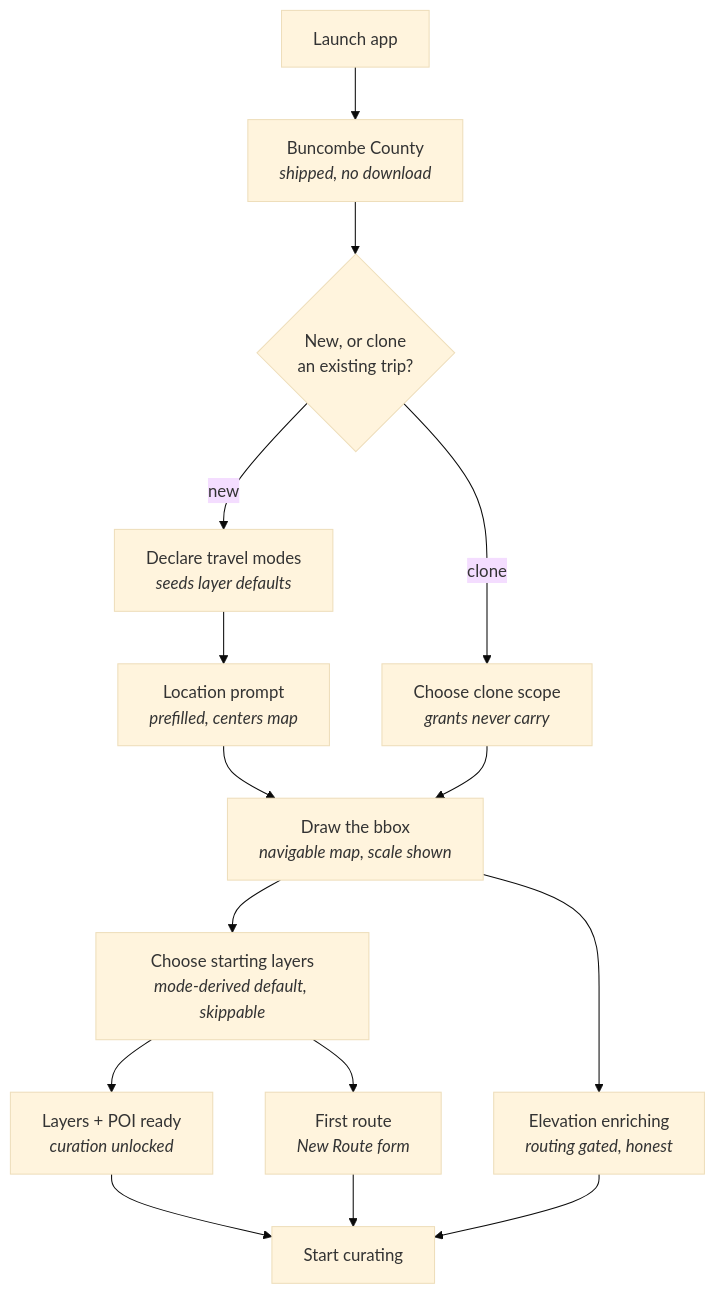
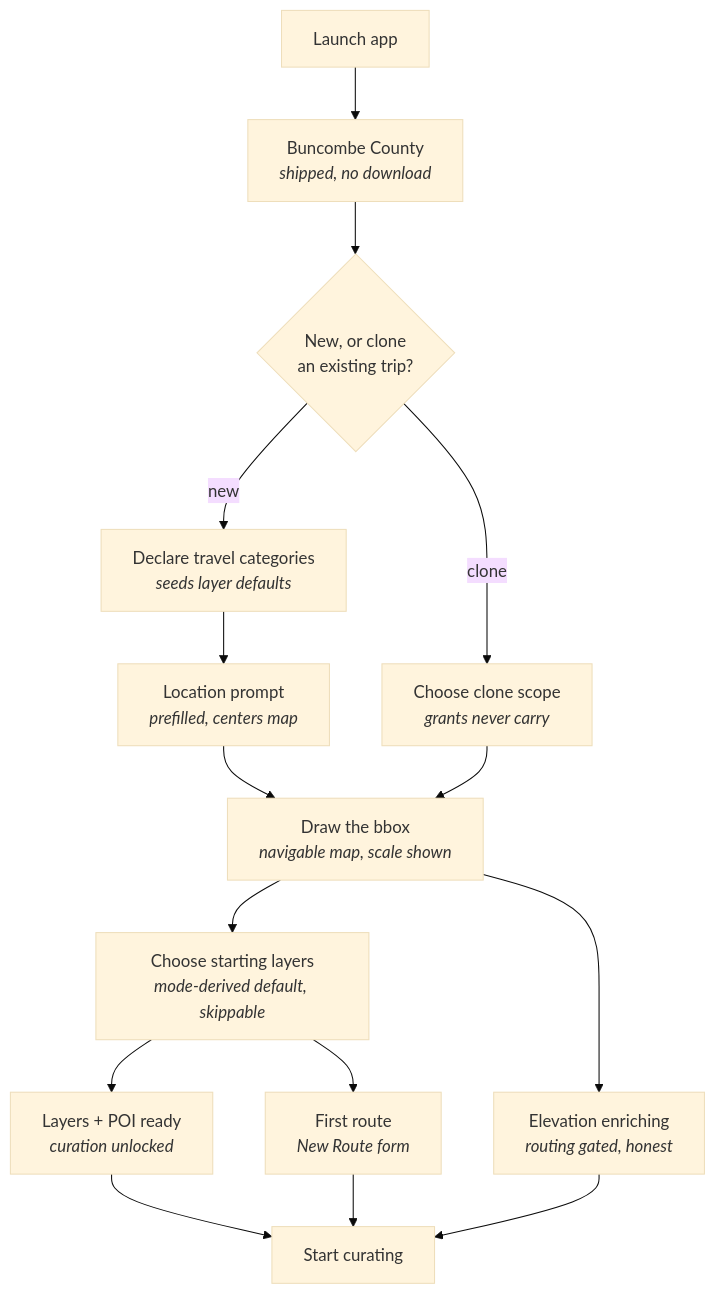
The first of 10 diagrams in docs/Plotlines_Author_Flows_MVP.md (gnfrazier/plotlines), drawn with Mermaid (base theme) before and after one commit. The commit also changed other lines of this file and 4 other files, not shown here.

````diff
--- a/docs/Plotlines_Author_Flows_MVP.md
+++ b/docs/Plotlines_Author_Flows_MVP.md
@@ -17,17 +17,17 @@
 ```mermaid
 flowchart TD
     A[Launch app] --> B["Buncombe County<br/><i>shipped, no download</i>"]
     B --> C{New, or clone<br/>an existing trip?}
-    C -->|new| M["Declare travel modes<br/><i>seeds layer defaults</i>"]
+    C -->|new| M["Declare travel categories<br/><i>seeds layer defaults</i>"]
     C -->|clone| Z["Choose clone scope<br/><i>grants never carry</i>"]
     M --> D["Location prompt<br/><i>prefilled, centers map</i>"]
     D --> E["Draw the bbox<br/><i>navigable map, scale shown</i>"]
     Z --> E
     E --> L["Choose starting layers<br/><i>mode-derived default, skippable</i>"]
     L --> N["First route<br/><i>New Route form</i>"]
     L --> F["Layers + POI ready<br/><i>curation unlocked</i>"]
     E --> G["Elevation enriching<br/><i>routing gated, honest</i>"]
     F --> H[Start curating]
     N --> H
     G --> H
 ```
````
